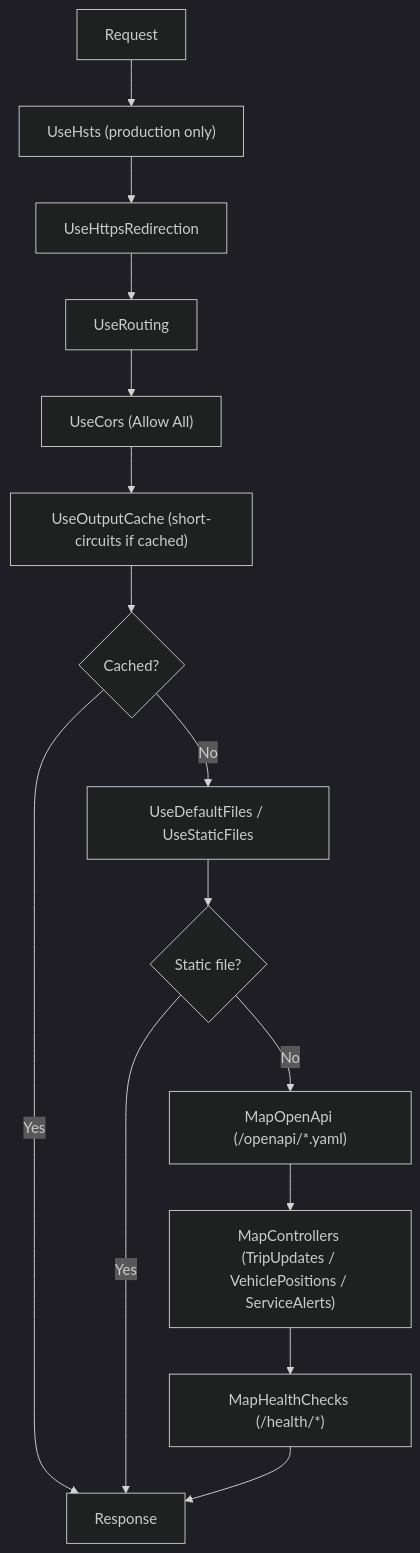
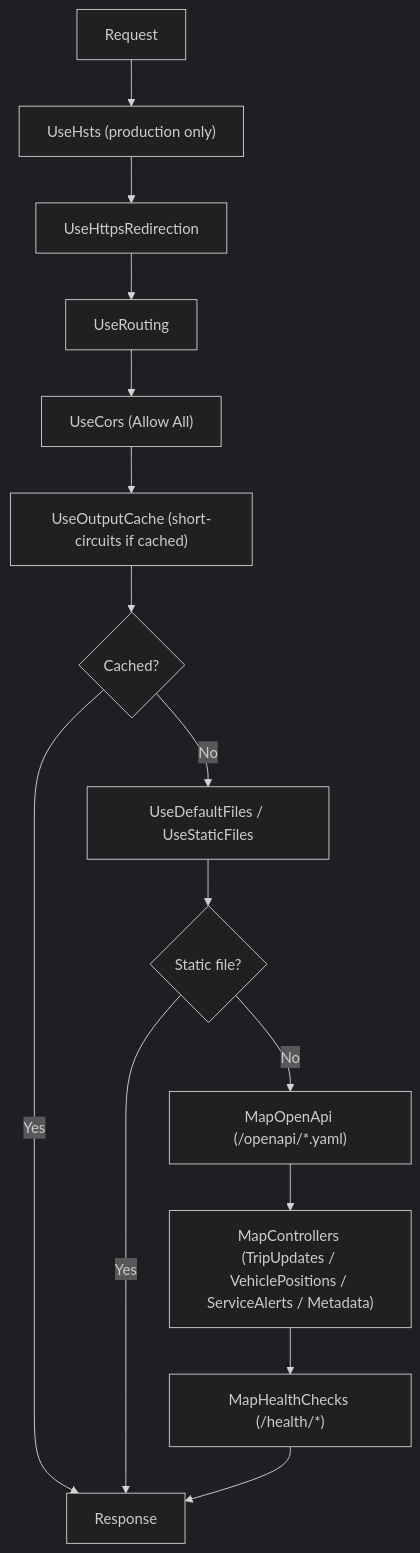
The diagram in README.md (CUMTD/Mtd.GtfsRealTime), drawn with Mermaid (dark theme) before and after one commit. The commit also changed other lines of this file and 4 other files, not shown here.

````diff
--- a/README.md
+++ b/README.md
@@ -112,17 +114,17 @@
 ```mermaid
 flowchart TD
     A[Request] --> B["UseHsts (production only)"]
     B --> C[UseHttpsRedirection]
     C --> D[UseRouting]
     D --> E["UseCors (Allow All)"]
     E --> F["UseOutputCache (short-circuits if cached)"]
     F --> G{Cached?}
     G -- Yes --> R[Response]
     G -- No --> H[UseDefaultFiles / UseStaticFiles]
     H --> I{Static file?}
     I -- Yes --> R
     I -- No --> J["MapOpenApi (/openapi/*.yaml)"]
-    J --> K["MapControllers (TripUpdates / VehiclePositions / ServiceAlerts)"]
+    J --> K["MapControllers (TripUpdates / VehiclePositions / ServiceAlerts / Metadata)"]
     K --> L["MapHealthChecks (/health/*)"]
     L --> R
 ```
````
